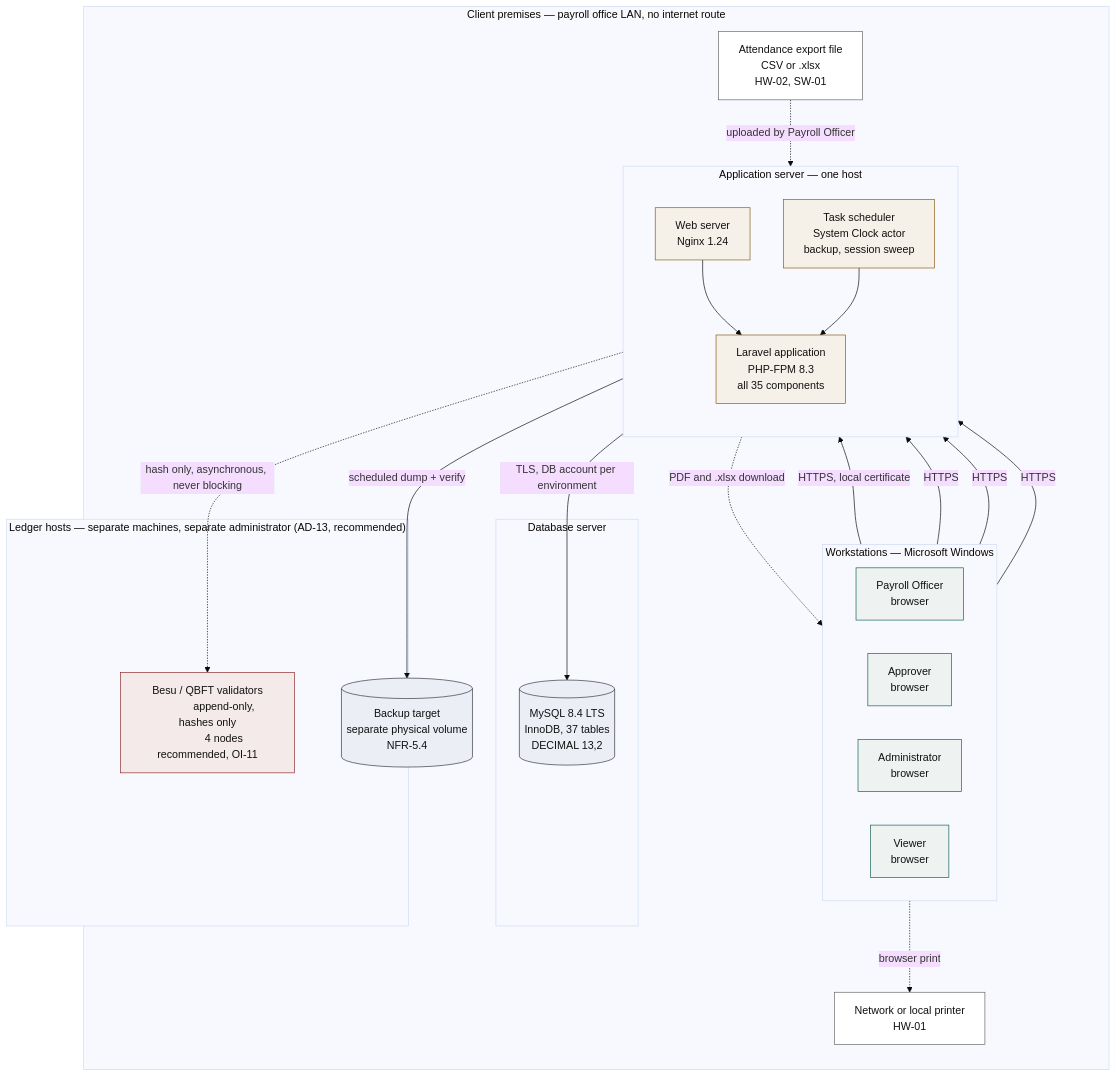
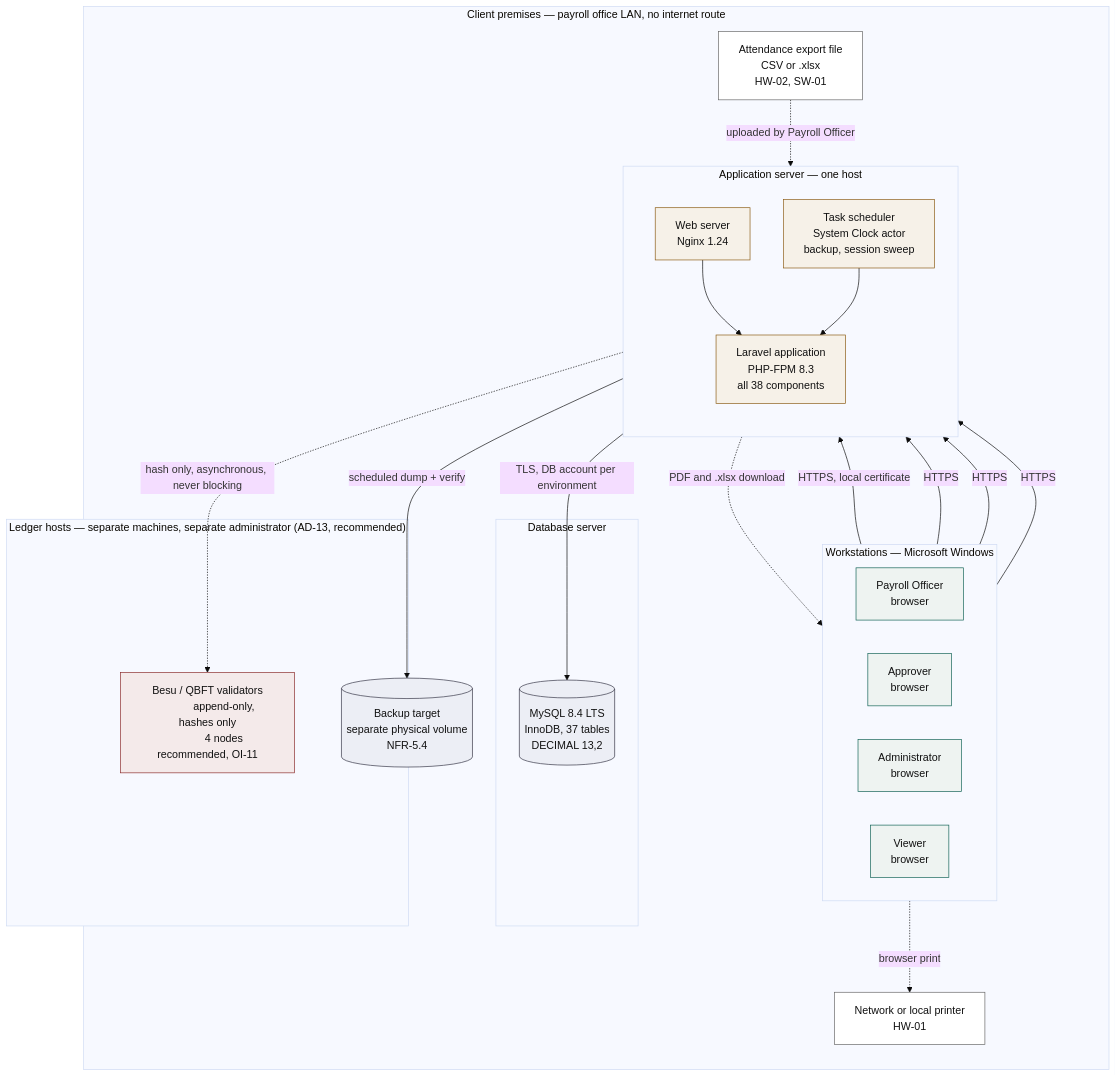
The first of 6 diagrams in docs/system-architecture.md (rjfat/municipal-payroll-system), drawn with Mermaid (base theme) before and after one commit. The commit also changed other lines of this file and 9 other files, not shown here.

````diff
--- a/docs/system-architecture.md
+++ b/docs/system-architecture.md
@@ -88,75 +93,75 @@
 ```mermaid
 flowchart TB
     subgraph PREM["Client premises — payroll office LAN, no internet route"]
         direction TB
 
         subgraph WS["Workstations — Microsoft Windows"]
             direction LR
             W1["Payroll Officer
             browser"]
             W2["Approver
             browser"]
             W3["Administrator
             browser"]
             W4["Viewer
             browser"]
         end
 
         subgraph SRV["Application server — one host"]
             direction TB
             WEB["Web server
             Nginx 1.24"]
             APP["Laravel application
             PHP-FPM 8.3
-            all 35 components"]
+            all 38 components"]
             SCHED["Task scheduler
             System Clock actor
             backup, session sweep"]
         end
 
         subgraph DB["Database server"]
             MYSQL[("MySQL 8.4 LTS
             InnoDB, 37 tables
             DECIMAL 13,2")]
         end
 
         subgraph LDG["Ledger hosts — separate machines, separate administrator (AD-13, recommended)"]
             NODE["Besu / QBFT validators
             append-only, hashes only
             4 nodes recommended, OI-11"]
         end
 
         BAK[("Backup target
         separate physical volume
         NFR-5.4")]
         PRN["Network or local printer
         HW-01"]
         FILE["Attendance export file
         CSV or .xlsx
         HW-02, SW-01"]
     end
 
     W1 -->|HTTPS, local certificate| WEB
     W2 -->|HTTPS| WEB
     W3 -->|HTTPS| WEB
     W4 -->|HTTPS| WEB
     WEB --> APP
     APP -->|"TLS, DB account per environment"| MYSQL
     SCHED --> APP
     APP -->|"scheduled dump + verify"| BAK
     APP -.->|"hash only, asynchronous, never blocking"| NODE
     FILE -.->|"uploaded by Payroll Officer"| WEB
     APP -.->|"PDF and .xlsx download"| W1
     W1 -.->|"browser print"| PRN
 
     classDef ws fill:#eef3f1,stroke:#0F6154,stroke-width:1px,color:#111;
     classDef srv fill:#f6f1e8,stroke:#8A5A12,stroke-width:1px,color:#111;
     classDef data fill:#eceef5,stroke:#334,stroke-width:1px,color:#111;
     classDef ext fill:#ffffff,stroke:#666,stroke-width:1px,color:#111;
     class W1,W2,W3,W4 ws;
     class WEB,APP,SCHED srv;
     class MYSQL,BAK data;
     class NODE ldg;
     class PRN,FILE ext;
     classDef ldg fill:#f4eaea,stroke:#8A2B2B,stroke-width:1px,color:#111;
 ```
````
